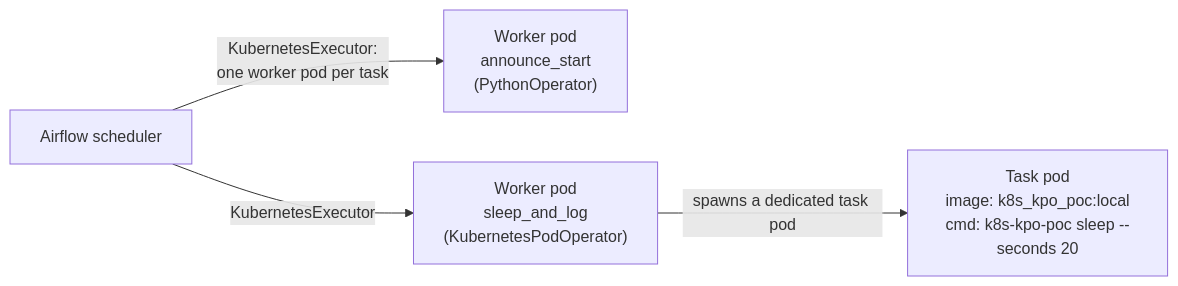
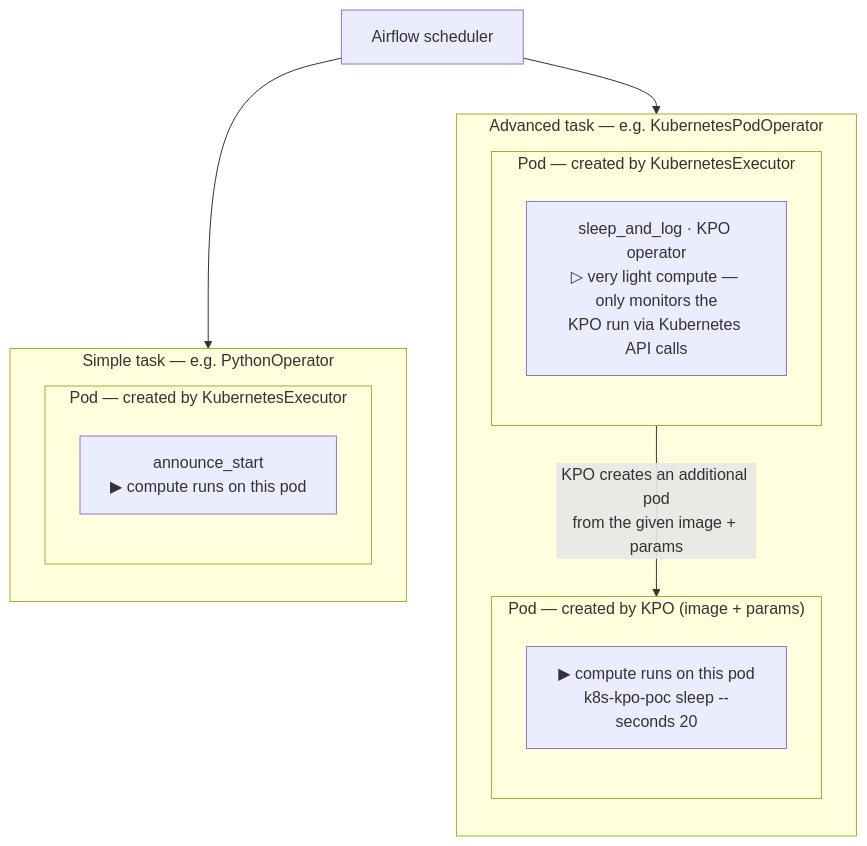
One commit to gmocquet/airflow-k8s-poc changed the second of 2 diagrams in README.md. Above: the diagram before and after it, drawn with Mermaid. The commit also changed other lines of this file and 5 other files, not shown here.

Commit message:
docs(readme): add author's note, architecture diagrams, and layered screenshots

````diff
--- a/README.md
+++ b/README.md
@@ -26,7 +124,28 @@
 ```mermaid
-flowchart LR
+flowchart TB
     sched["Airflow scheduler"]
-    sched -->|"KubernetesExecutor:<br/>one worker pod per task"| w1["Worker pod<br/>announce_start<br/>(PythonOperator)"]
-    sched -->|"KubernetesExecutor"| w2["Worker pod<br/>sleep_and_log<br/>(KubernetesPodOperator)"]
-    w2 -->|"spawns a dedicated task pod"| kpo["Task pod<br/>image: k8s_kpo_poc:local<br/>cmd: k8s-kpo-poc sleep --seconds 20"]
+
+    subgraph simple["Simple task — e.g. PythonOperator"]
+        direction TB
+        subgraph p1["Pod — created by KubernetesExecutor"]
+            direction TB
+            c1["announce_start<br/>▶ compute runs on this pod"]
+        end
+    end
+
+    subgraph advanced["Advanced task — e.g. KubernetesPodOperator"]
+        direction TB
+        subgraph p2["Pod — created by KubernetesExecutor"]
+            direction TB
+            w2["sleep_and_log · KPO operator<br/>▷ very light compute — only monitors the<br/>KPO run via Kubernetes API calls"]
+        end
+        subgraph p3["Pod — created by KPO (image + params)"]
+            direction TB
+            c3["▶ compute runs on this pod<br/>k8s-kpo-poc sleep --seconds 20"]
+        end
+        w2 -->|"KPO creates an additional pod<br/>from the given image + params"| p3
+    end
+
+    sched --> simple
+    sched --> advanced
 ```
````
